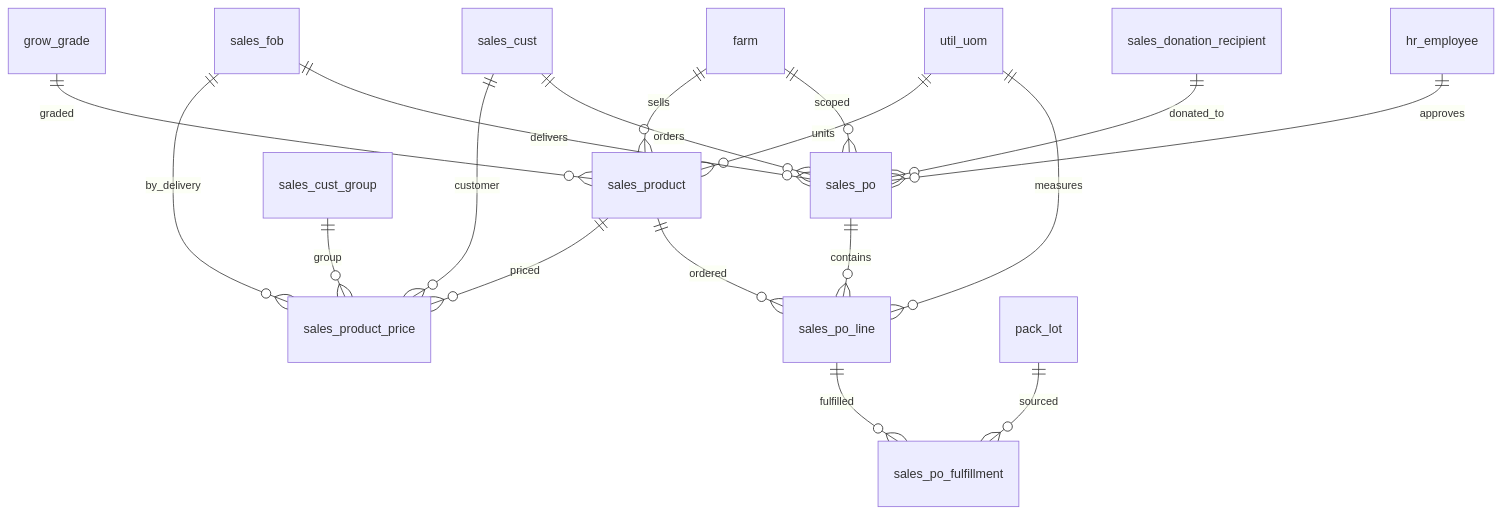
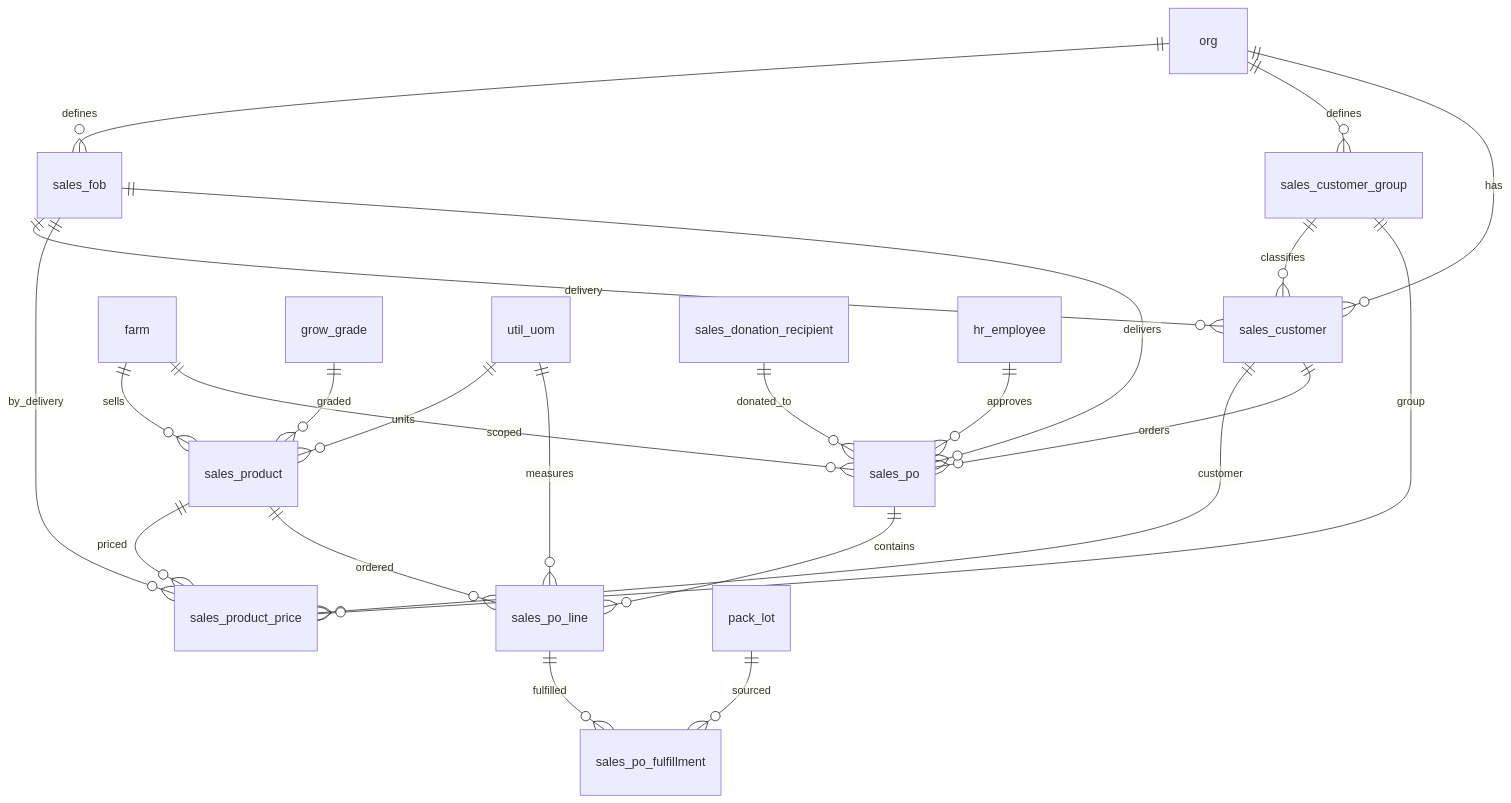
Before and after one commit to Hawaii-Farming/aloha-app: the diagram in docs/schemas/20260319_05_sales.md, drawn with Mermaid. The commit also changed other lines of this file and 25 other files, not shown here.

First line of the commit message:
Move sales_fob, sales_customer_group, sales_customer from Core to Sales module, rename for clarity

````diff
--- a/docs/schemas/20260319_05_sales.md
+++ b/docs/schemas/20260319_05_sales.md
@@ -11,20 +11,25 @@
 ```mermaid
 erDiagram
+    org ||--o{ sales_fob : defines
+    org ||--o{ sales_customer_group : defines
+    org ||--o{ sales_customer : has
+    sales_customer_group ||--o{ sales_customer : classifies
+    sales_fob ||--o{ sales_customer : delivery
     farm ||--o{ sales_product : sells
     grow_grade ||--o{ sales_product : graded
     util_uom ||--o{ sales_product : units
     sales_product ||--o{ sales_product_price : priced
     sales_fob ||--o{ sales_product_price : by_delivery
-    sales_cust ||--o{ sales_product_price : customer
-    sales_cust_group ||--o{ sales_product_price : group
-    sales_cust ||--o{ sales_po : orders
+    sales_customer ||--o{ sales_product_price : customer
+    sales_customer_group ||--o{ sales_product_price : group
+    sales_customer ||--o{ sales_po : orders
     sales_fob ||--o{ sales_po : delivers
     sales_donation_recipient ||--o{ sales_po : donated_to
     farm ||--o{ sales_po : scoped
     sales_po ||--o{ sales_po_line : contains
     sales_product ||--o{ sales_po_line : ordered
     util_uom ||--o{ sales_po_line : measures
     sales_po_line ||--o{ sales_po_fulfillment : fulfilled
     pack_lot ||--o{ sales_po_fulfillment : sourced
     hr_employee ||--o{ sales_po : approves
 ```
````
